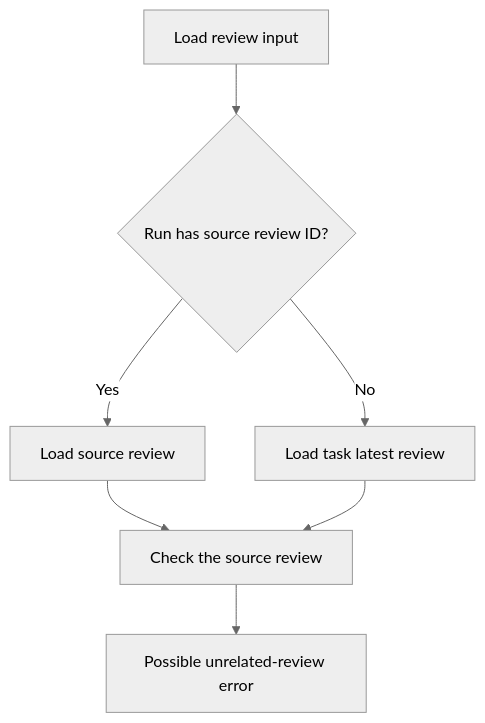
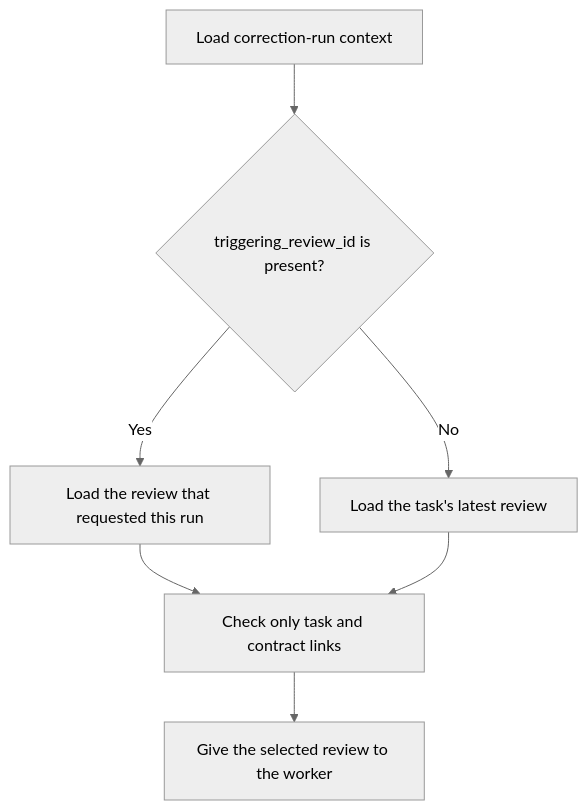
Before and after one commit to kpsuperplane/Noema: diagram 19 of 26 in docs/superpowers/plans/2026-08-08-noema-practical-reliability-roadmap.md, drawn with Mermaid (neutral theme). The commit also changed other lines of this file, not shown here.

Commit message:
docs: clarify exact correction review plan

````diff
--- a/docs/superpowers/plans/2026-08-08-noema-practical-reliability-roadmap.md
+++ b/docs/superpowers/plans/2026-08-08-noema-practical-reliability-roadmap.md
@@ -984,14 +989,14 @@
 ```mermaid
 flowchart TD
-    A["Load review input"]
-    B{"Run has source review ID?"}
-    C["Load source review"]
-    D["Load task latest review"]
-    E["Check the source review"]
-    F["Possible unrelated-review error"]
+    A["Load correction-run context"]
+    B{"triggering_review_id is present?"}
+    C["Load the review that requested this run"]
+    D["Load the task's latest review"]
+    E["Check only task and contract links"]
+    F["Give the selected review to the worker"]
 
     A --> B
     B -->|Yes| C --> E
     B -->|No| D --> E
     E --> F
 ```
````
